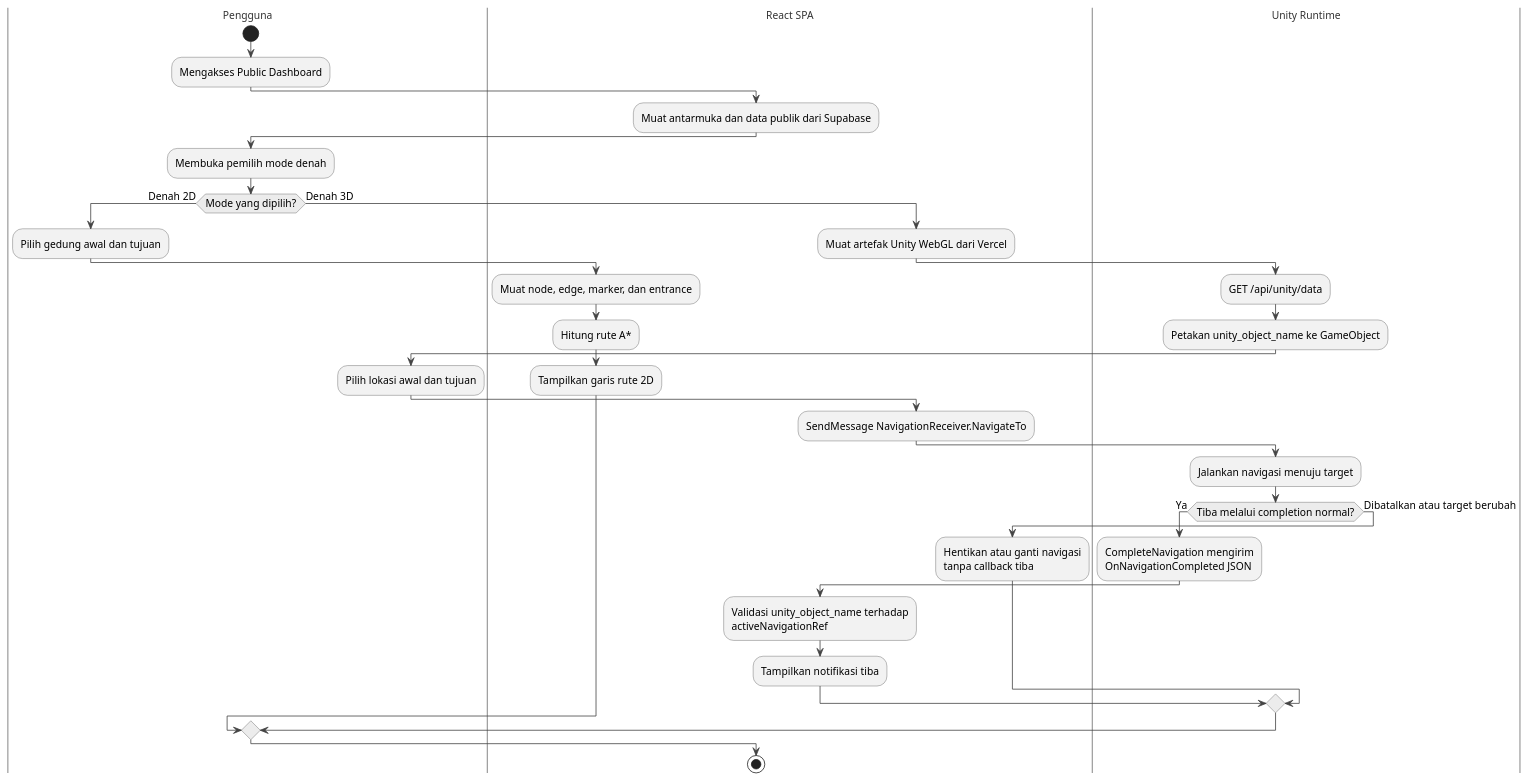
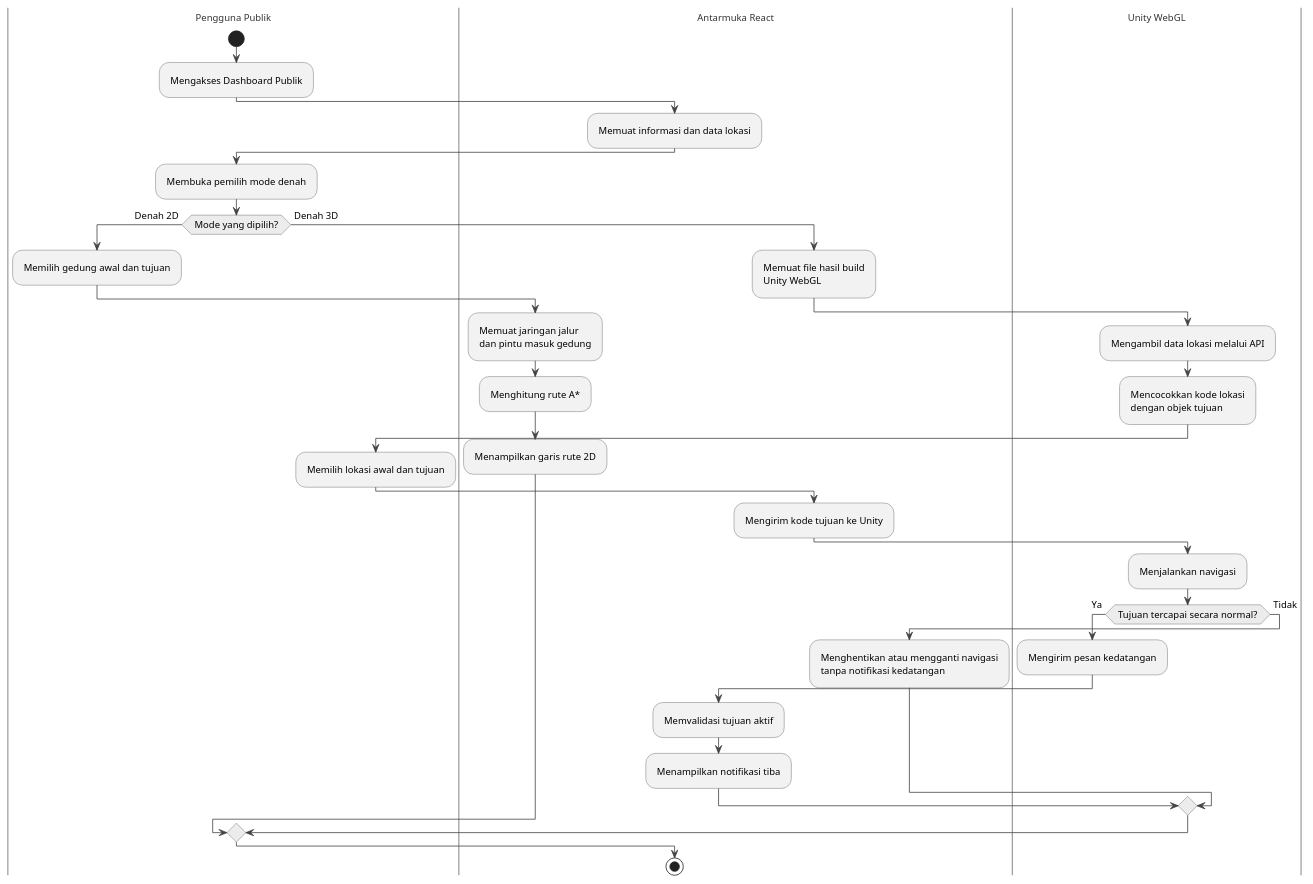
One commit to Jokskuyy/workflow-ta-proyek changed the diagram in diagrams/gambar-2.14-activity-integrasi-data-denah.puml. Above: the diagram before and after it, drawn with PlantUML. The commit also changed 372 other files, not shown here.

```diff
--- a/diagrams/gambar-2.14-activity-integrasi-data-denah.puml
+++ b/diagrams/gambar-2.14-activity-integrasi-data-denah.puml
@@ -1,58 +1,60 @@
 @startuml gambar-2-14-activity-integrasi-data-denah
-' Gambar 2.14 - Activity Diagram: Integrasi Data Denah
-' Alur aktual pemilihan Denah 2D/3D dan integrasi React-Unity
+' Activity Diagram Integrasi Denah 2D dan 3D
 ' Sumber: BAB II - 2.2 & 2.3.3 Activity Diagram
 
 skinparam backgroundColor #FFFFFF
 skinparam shadowing false
-skinparam defaultFontName "Segoe UI"
-skinparam defaultFontSize 13
+skinparam defaultFontName "Times New Roman"
+skinparam defaultFontSize 12
 skinparam ArrowColor #444444
+skinparam linetype ortho
+skinparam nodesep 12
+skinparam ranksep 18
+skinparam Padding 4
 skinparam ActivityBorderColor #555555
 skinparam ActivityBackgroundColor #F2F2F2
 skinparam ActivityDiamondBackgroundColor #ECECEC
 skinparam ActivityDiamondBorderColor #555555
 skinparam SwimlaneTitleFontColor #333333
 skinparam SwimlaneBorderColor #999999
 
+|Pengguna Publik|
+start
+:Mengakses Dashboard Publik;
 
-|Pengguna|
-start
-:Mengakses Public Dashboard;
+|Antarmuka React|
+:Memuat informasi dan data lokasi;
 
-|React SPA|
-:Muat antarmuka dan data publik dari Supabase;
-
-|Pengguna|
+|Pengguna Publik|
 :Membuka pemilih mode denah;
 if (Mode yang dipilih?) then (Denah 2D)
-  :Pilih gedung awal dan tujuan;
-  |React SPA|
-  :Muat node, edge, marker, dan entrance;
-  :Hitung rute A*;
-  :Tampilkan garis rute 2D;
+  :Memilih gedung awal dan tujuan;
+  |Antarmuka React|
+  :Memuat jaringan jalur\ndan pintu masuk gedung;
+  :Menghitung rute A*;
+  :Menampilkan garis rute 2D;
 else (Denah 3D)
-  |React SPA|
-  :Muat artefak Unity WebGL dari Vercel;
-  |Unity Runtime|
-  :GET /api/unity/data;
-  :Petakan unity_object_name ke GameObject;
-  |Pengguna|
-  :Pilih lokasi awal dan tujuan;
-  |React SPA|
-  :SendMessage NavigationReceiver.NavigateTo;
-  |Unity Runtime|
-  :Jalankan navigasi menuju target;
-  if (Tiba melalui completion normal?) then (Ya)
-    :CompleteNavigation mengirim\nOnNavigationCompleted JSON;
-    |React SPA|
-    :Validasi unity_object_name terhadap\nactiveNavigationRef;
-    :Tampilkan notifikasi tiba;
-  else (Dibatalkan atau target berubah)
-    :Hentikan atau ganti navigasi\ntanpa callback tiba;
+  |Antarmuka React|
+  :Memuat file hasil build\nUnity WebGL;
+  |Unity WebGL|
+  :Mengambil data lokasi melalui API;
+  :Mencocokkan kode lokasi\ndengan objek tujuan;
+  |Pengguna Publik|
+  :Memilih lokasi awal dan tujuan;
+  |Antarmuka React|
+  :Mengirim kode tujuan ke Unity;
+  |Unity WebGL|
+  :Menjalankan navigasi;
+  if (Tujuan tercapai secara normal?) then (Ya)
+    :Mengirim pesan kedatangan;
+    |Antarmuka React|
+    :Memvalidasi tujuan aktif;
+    :Menampilkan notifikasi tiba;
+  else (Tidak)
+    :Menghentikan atau mengganti navigasi\ntanpa notifikasi kedatangan;
   endif
 endif
 
 stop
 
 @enduml
```
